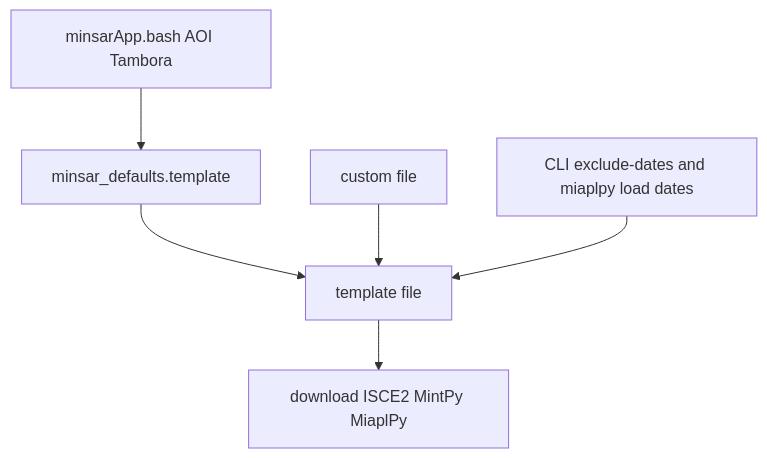
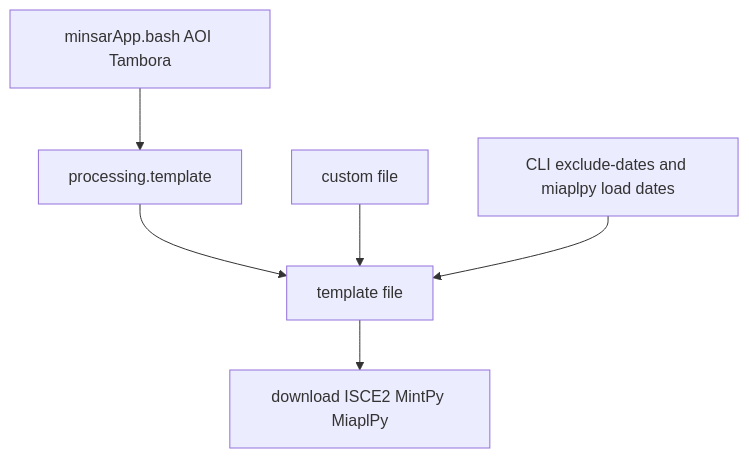
The diagram in docs/custom_template_options_plan.md (geodesymiami/minsar), drawn with Mermaid before and after one commit. The commit also changed other lines of this file and 15 other files, not shown here.

First line of the commit message:
MAJOR CHANGE: support of processing.template and custom_template_options.txt

````diff
--- a/docs/custom_template_options_plan.md
+++ b/docs/custom_template_options_plan.md
@@ -122,14 +139,14 @@
 ```mermaid
 flowchart TD
   aoi["minsarApp.bash AOI Tambora"]
-  dummy["minsar_defaults.template"]
+  dummy["processing.template"]
   tmpl["template file"]
   custom["custom file"]
   cli["CLI exclude-dates and miaplpy load dates"]
   run["download ISCE2 MintPy MiaplPy"]
   aoi --> dummy
   dummy --> tmpl
   custom --> tmpl
   cli --> tmpl
   tmpl --> run
 ```
````
